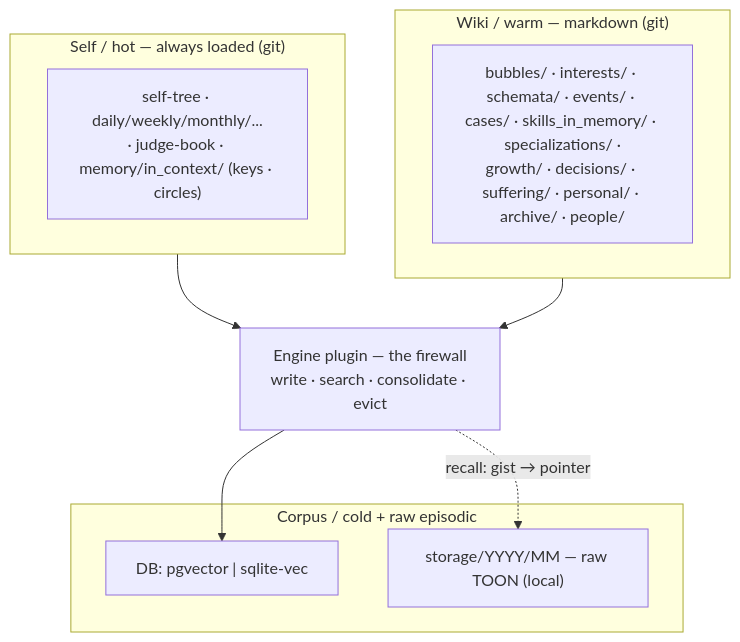
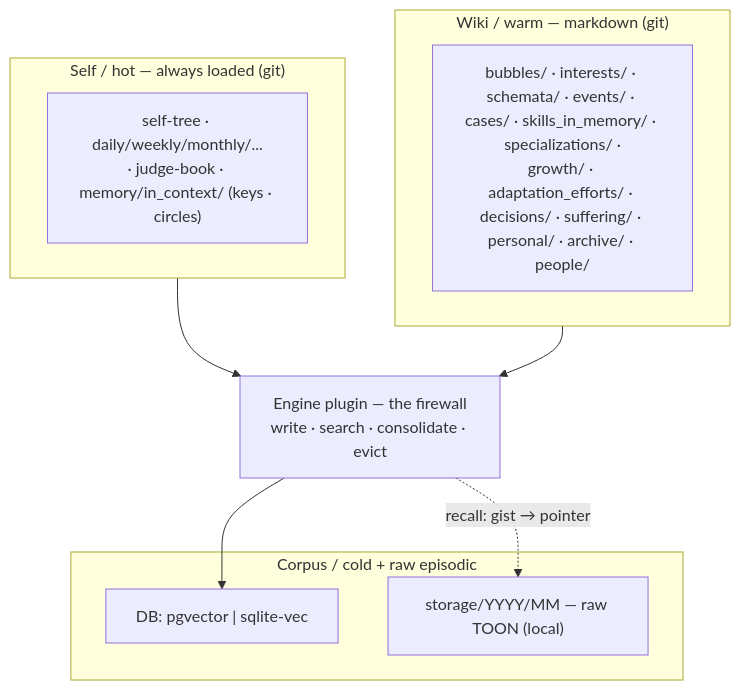
Before and after one commit to syahiidkamil/vibe-ai-partner-entity: the first of 3 diagrams in work_dir/saori/zero_to_one_memory/03_high_level_implementation.md, drawn with Mermaid. The commit also changed other lines of this file, not shown here.

First line of the commit message:
docs(memory): zero_to_one tree — adaptation_efforts organ + SAI-paper edits

````diff
--- a/work_dir/saori/zero_to_one_memory/03_high_level_implementation.md
+++ b/work_dir/saori/zero_to_one_memory/03_high_level_implementation.md
@@ -16,18 +16,18 @@
 ```mermaid
 flowchart TB
     subgraph HOT["Self / hot — always loaded (git)"]
         SELFTREE["self-tree · daily/weekly/monthly/...<br/>· judge-book · memory/in_context/ (keys · circles)"]
     end
     subgraph WARM["Wiki / warm — markdown (git)"]
-        WIKI["bubbles/ · interests/ · schemata/ · events/ · cases/ · skills_in_memory/ · specializations/ ·<br/>growth/ · decisions/ · suffering/ · personal/ · archive/ · people/"]
+        WIKI["bubbles/ · interests/ · schemata/ · events/ · cases/ · skills_in_memory/ · specializations/ ·<br/>growth/ · adaptation_efforts/ · decisions/ · suffering/ · personal/ · archive/ · people/"]
     end
     subgraph COLD["Corpus / cold + raw episodic"]
         DB["DB: pgvector | sqlite-vec"]
         STORE["storage/YYYY/MM — raw TOON (local)"]
     end
     FW["Engine plugin — the firewall<br/>write · search · consolidate · evict"]
     HOT --> FW
     WARM --> FW
     FW --> DB
     FW -.->|recall: gist → pointer| STORE
 ```
````
